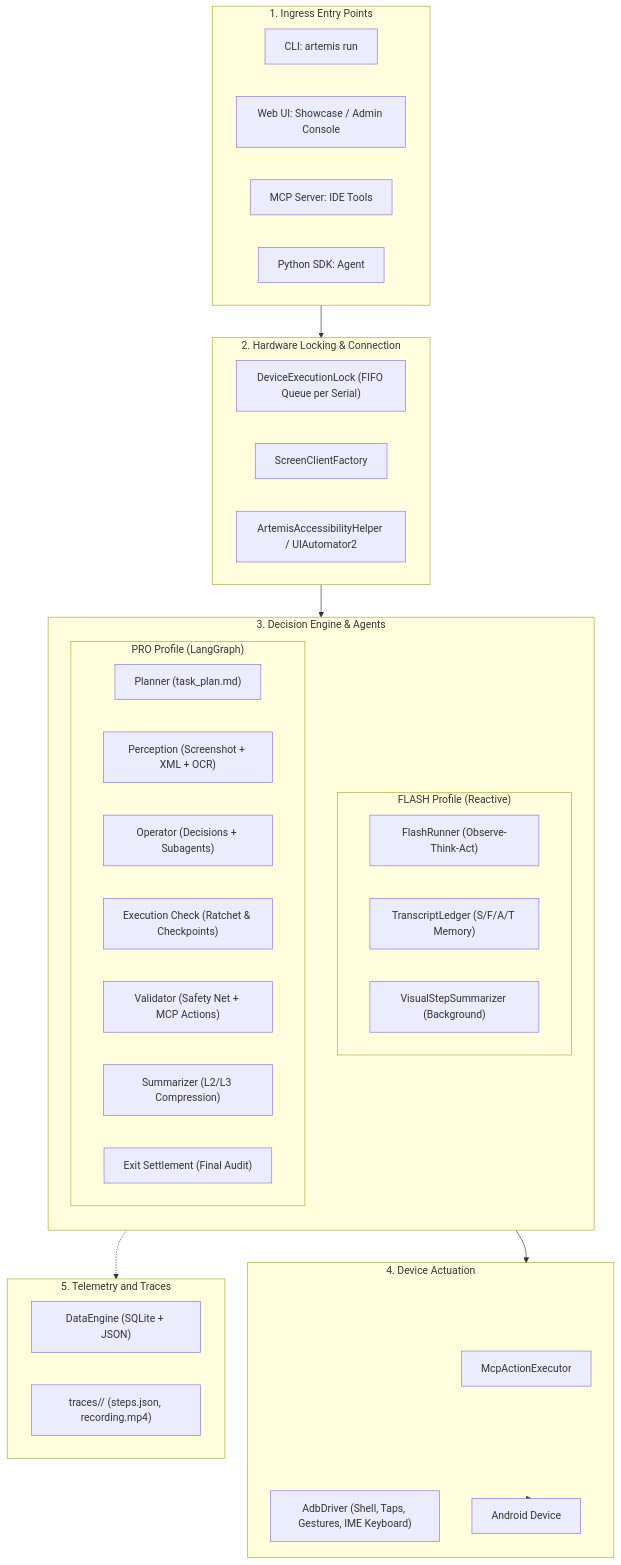
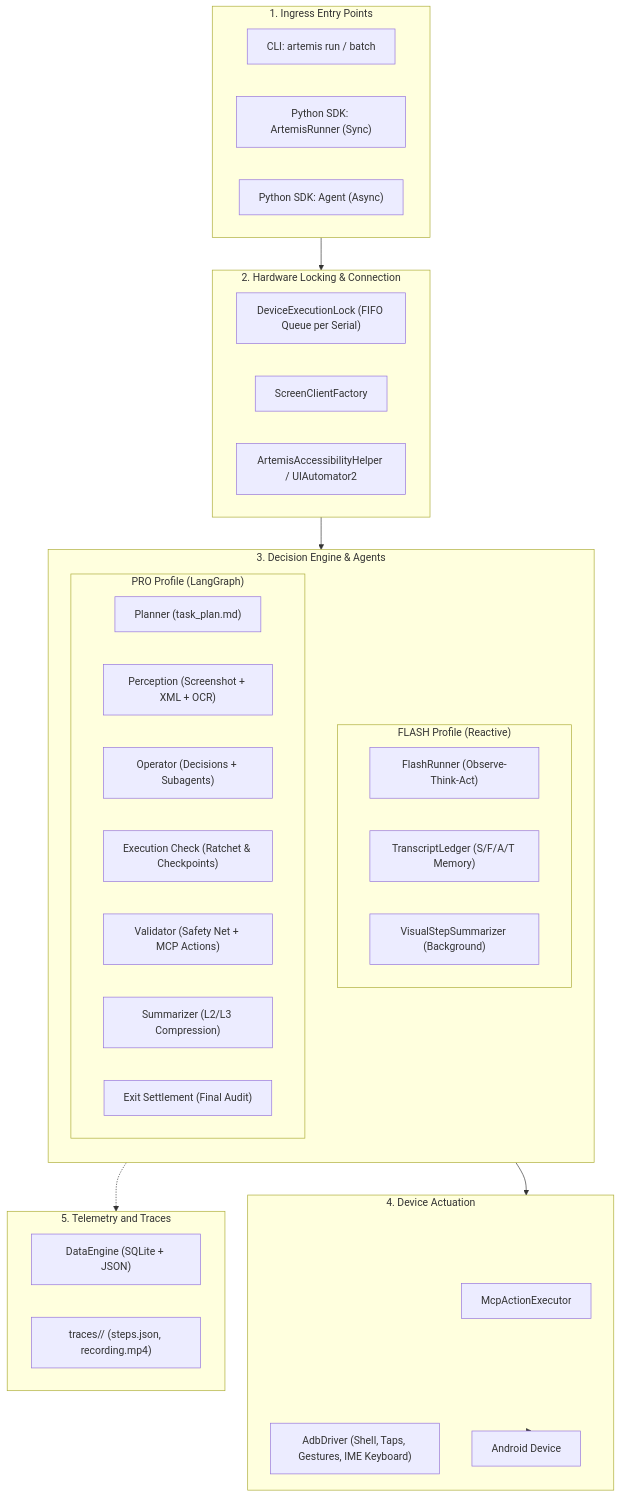
One commit to Curso-de-Robotica-e-IA/artemis changed the first of 2 diagrams in docs/README.md. Above: the diagram before and after it, drawn with Mermaid. The commit also changed other lines of this file and 22 other files, not shown here.

````diff
--- a/docs/README.md
+++ b/docs/README.md
@@ -52,50 +52,49 @@
 ```mermaid
 flowchart TD
     subgraph Ingress["1. Ingress Entry Points"]
-        CLI["CLI: artemis run"]
-        UI["Web UI: Showcase / Admin Console"]
-        MCP["MCP Server: IDE Tools"]
-        SDK["Python SDK: Agent"]
+        CLI["CLI: artemis run / batch"]
+        Runner["Python SDK: ArtemisRunner (Sync)"]
+        SDK["Python SDK: Agent (Async)"]
     end
 
     subgraph Lock_Env["2. Hardware Locking & Connection"]
         Lock["DeviceExecutionLock (FIFO Queue per Serial)"]
         ScreenConn["ScreenClientFactory"]
         A11y["ArtemisAccessibilityHelper / UIAutomator2"]
     end
 
     subgraph Core_Engine["3. Decision Engine & Agents"]
         direction TB
         subgraph Flash["FLASH Profile (Reactive)"]
             F_Runner["FlashRunner (Observe-Think-Act)"]
             F_Mem["TranscriptLedger (S/F/A/T Memory)"]
             F_Sum["VisualStepSummarizer (Background)"]
         end
         subgraph Pro["PRO Profile (LangGraph)"]
             Planner["Planner (task_plan.md)"]
             Perception["Perception (Screenshot + XML + OCR)"]
             Operator["Operator (Decisions + Subagents)"]
             ExecCheck["Execution Check (Ratchet & Checkpoints)"]
             Validator["Validator (Safety Net + MCP Actions)"]
             Summarizer["Summarizer (L2/L3 Compression)"]
             Exit["Exit Settlement (Final Audit)"]
         end
     end
 
     subgraph Actuation["4. Device Actuation"]
         MCP_Exec["McpActionExecutor"]
         ADB["AdbDriver (Shell, Taps, Gestures, IME Keyboard)"]
         Phone["Android Device"]
     end
 
     subgraph Telemetry["5. Telemetry and Traces"]
         DataEng["DataEngine (SQLite + JSON)"]
         Traces["traces/<session_id>/ (steps.json, recording.mp4)"]
     end
 
     Ingress --> Lock_Env
     Lock_Env --> Core_Engine
     Core_Engine --> Actuation
     Actuation --> Phone
     Core_Engine -.-> Telemetry
 ```
````
